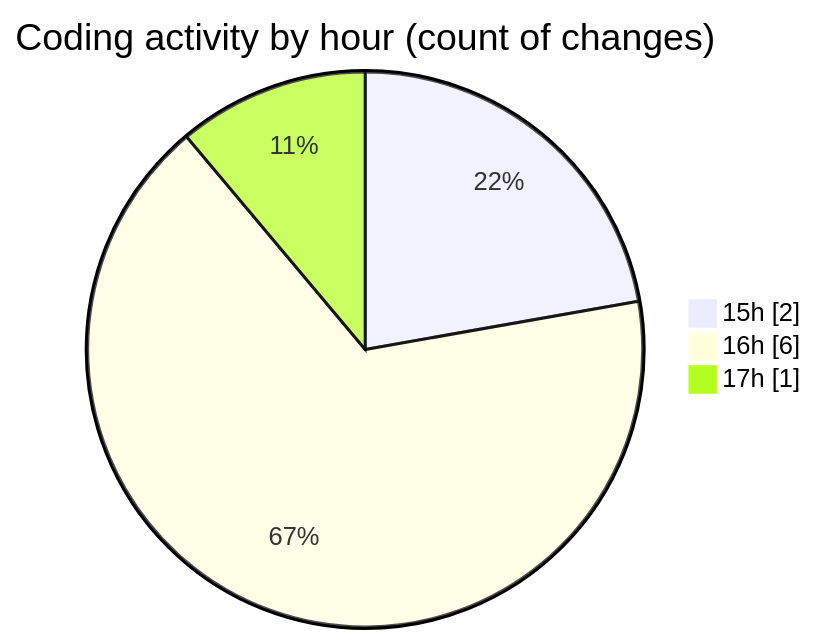
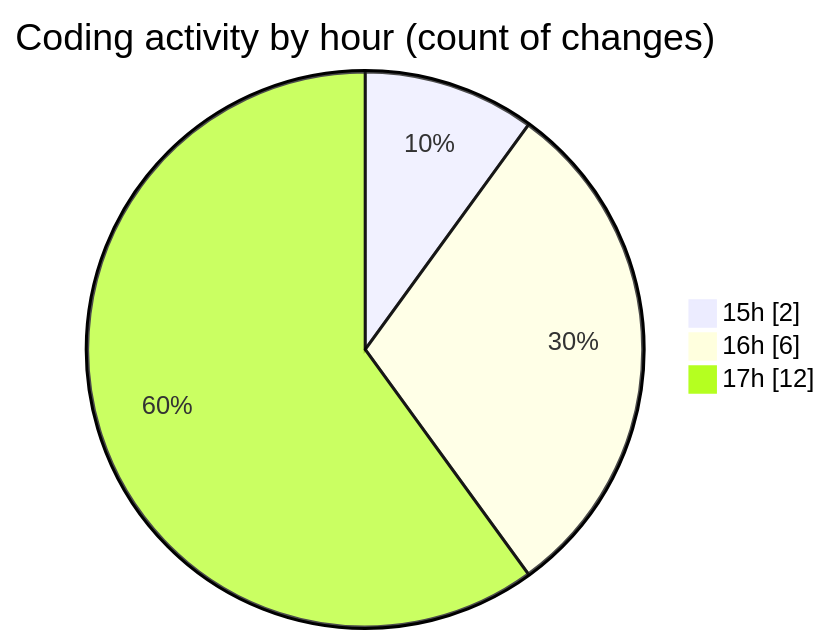
One commit to momahboobian/code-tracking changed the second of 2 diagrams in 2026-04-21/ise-web-ofcom/README.md. Above: the diagram before and after it, drawn with Mermaid. The commit also changed other lines of this file and 1 other file, not shown here.

````diff
--- a/2026-04-21/ise-web-ofcom/README.md
+++ b/2026-04-21/ise-web-ofcom/README.md
@@ -34,7 +39,7 @@
 ```mermaid
 pie showData
 title Coding activity by hour (count of changes)
 "15h" : 2
 "16h" : 6
-"17h" : 1
+"17h" : 12
 ```
````
